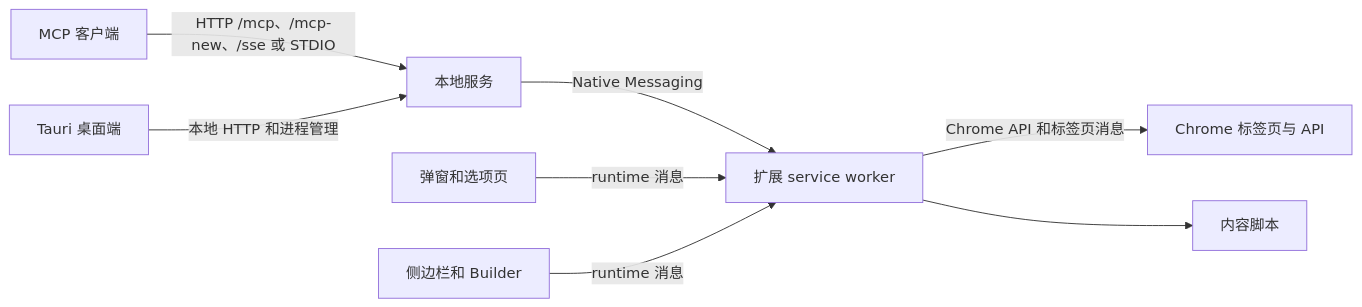
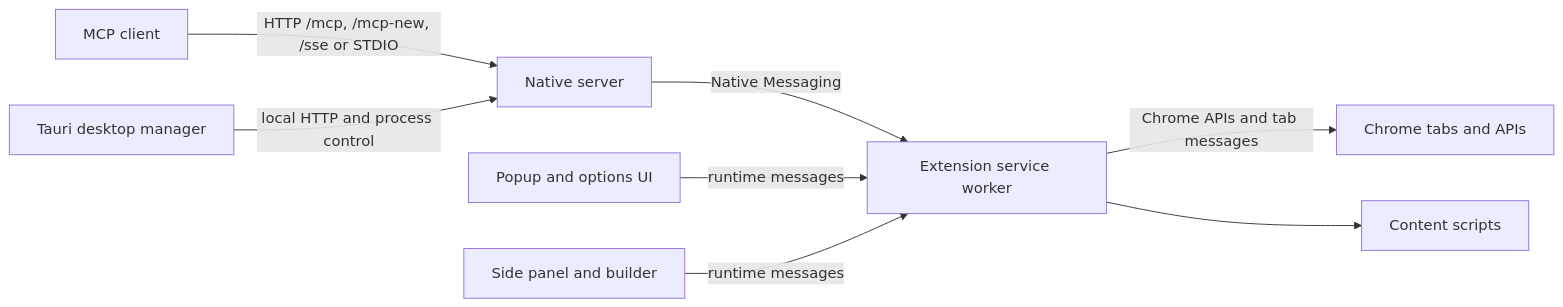
One commit to phoenixlucky/mcp-chrome-2026 changed the first of 2 diagrams in docs/ARCHITECTURE_zh.md. Above: the diagram before and after it, drawn with Mermaid. The commit also changed other lines of this file and 264 other files, not shown here.

````diff
--- a/docs/ARCHITECTURE_zh.md
+++ b/docs/ARCHITECTURE_zh.md
@@ -7,10 +7,10 @@
 ```mermaid
 flowchart LR
-  Client[MCP 客户端] -->|HTTP /mcp、/mcp-new、/sse 或 STDIO| Server[本地服务]
-  Server -->|Native Messaging| Worker[扩展 service worker]
-  Worker -->|Chrome API 和标签页消息| Browser[Chrome 标签页与 API]
-  Worker --> Content[内容脚本]
-  Popup[弹窗和选项页] -->|runtime 消息| Worker
-  Sidepanel[侧边栏和 Builder] -->|runtime 消息| Worker
-  Desktop[Tauri 桌面端] -->|本地 HTTP 和进程管理| Server
+  Client[MCP client] -->|HTTP /mcp, /mcp-new, /sse or STDIO| Server[Native server]
+  Server -->|Native Messaging| Worker[Extension service worker]
+  Worker -->|Chrome APIs and tab messages| Browser[Chrome tabs and APIs]
+  Worker --> Content[Content scripts]
+  Popup[Popup and options UI] -->|runtime messages| Worker
+  Sidepanel[Side panel and builder] -->|runtime messages| Worker
+  Desktop[Tauri desktop manager] -->|local HTTP and process control| Server
 ```
````
